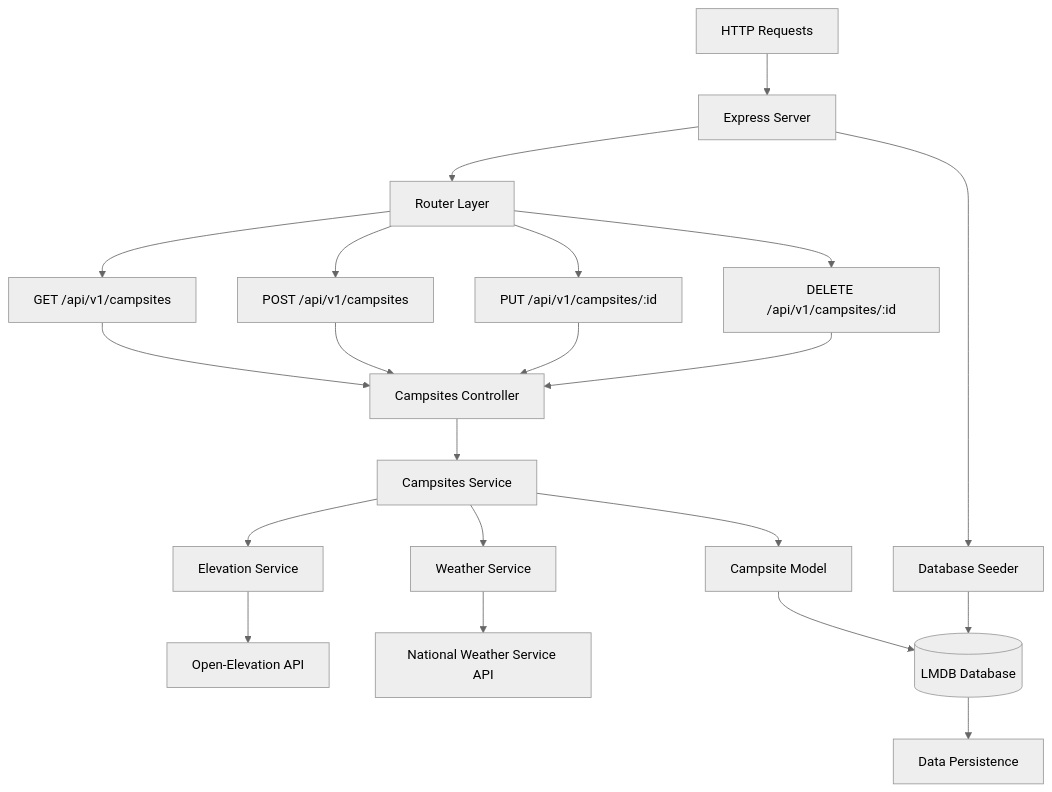
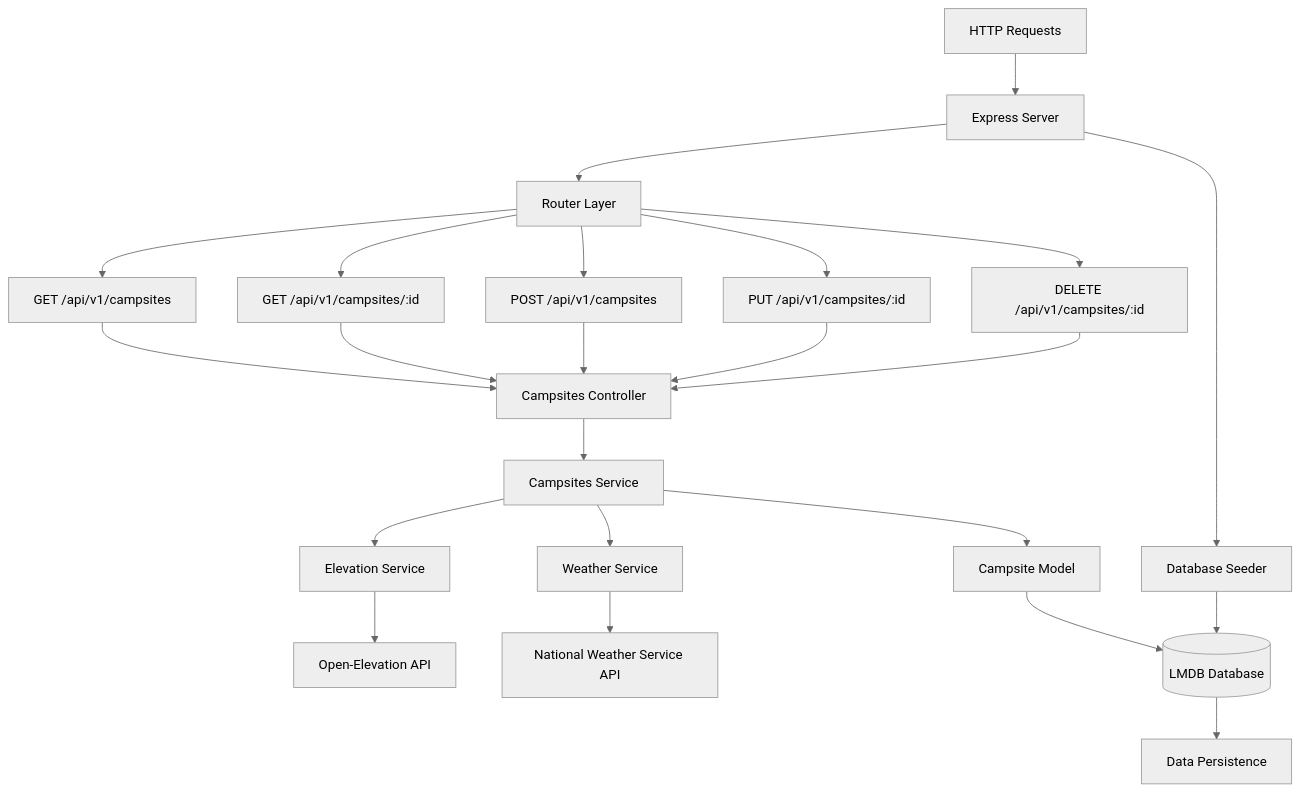
One commit to baileydunning/campsights changed the second of 2 diagrams in README.md. Above: the diagram before and after it, drawn with Mermaid (neutral theme). The commit also changed other lines of this file and 7 other files, not shown here.

````diff
--- a/README.md
+++ b/README.md
@@ -76,28 +83,30 @@
 ```mermaid
 flowchart TD
     A[HTTP Requests] --> B[Express Server]
     B --> C[Router Layer]
     
     C --> D[GET /api/v1/campsites]
+    C --> D2[GET /api/v1/campsites/:id]
     C --> E[POST /api/v1/campsites]
     C --> F[PUT /api/v1/campsites/:id]
     C --> G[DELETE /api/v1/campsites/:id]
     
     D --> I[Campsites Controller]
+    D2 --> I
     E --> I
     F --> I
     G --> I
     
     I --> K[Campsites Service]
     K --> L[Campsite Model]
     K --> M[Elevation Service]
     K --> Q[Weather Service]
     M --> N[Open-Elevation API]
     Q --> R[National Weather Service API]
     L --> O[(LMDB Database)]
     
     B --> P[Database Seeder]
     P --> O
     
     O --> S[Data Persistence]
 ```
````
